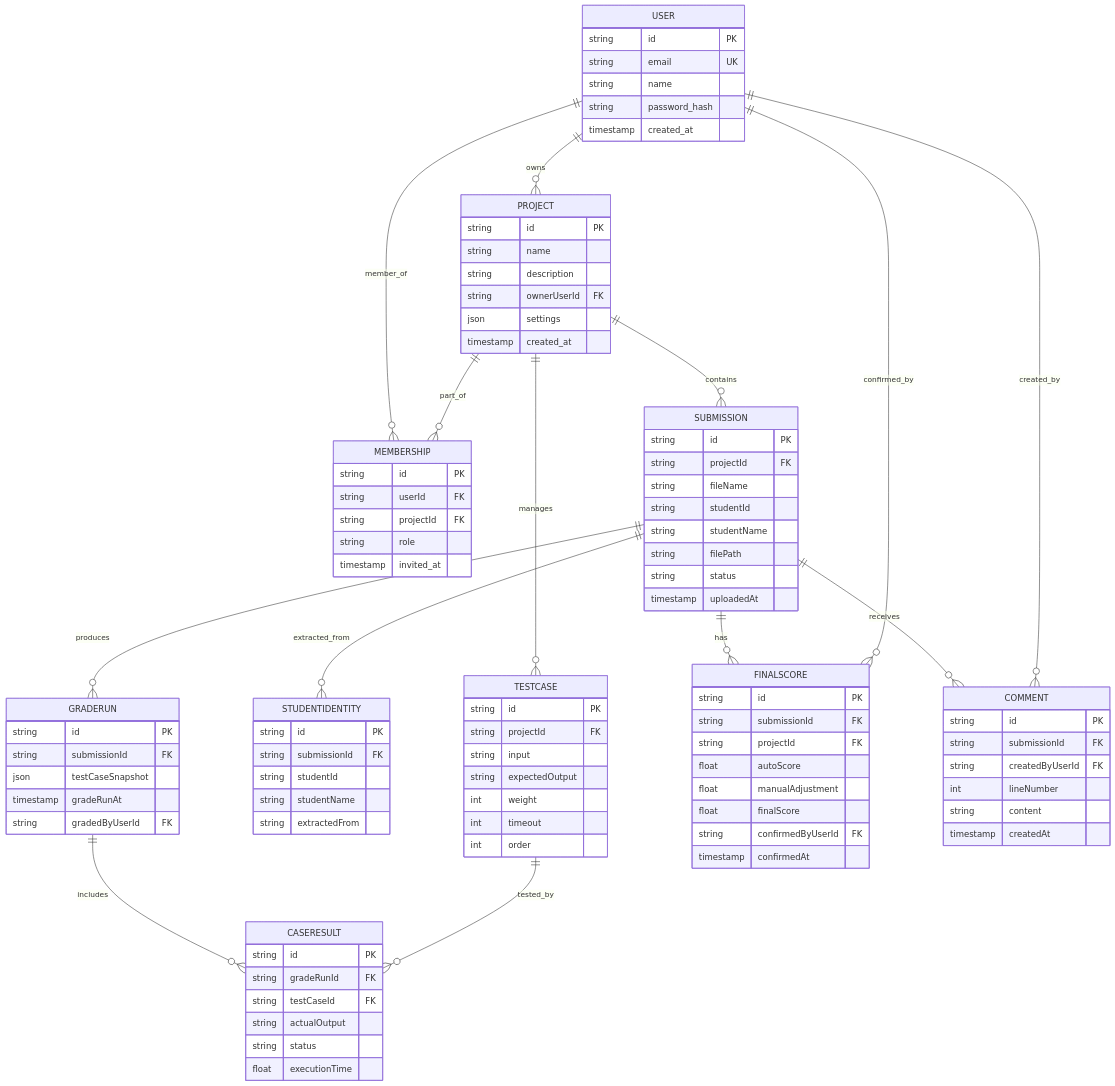
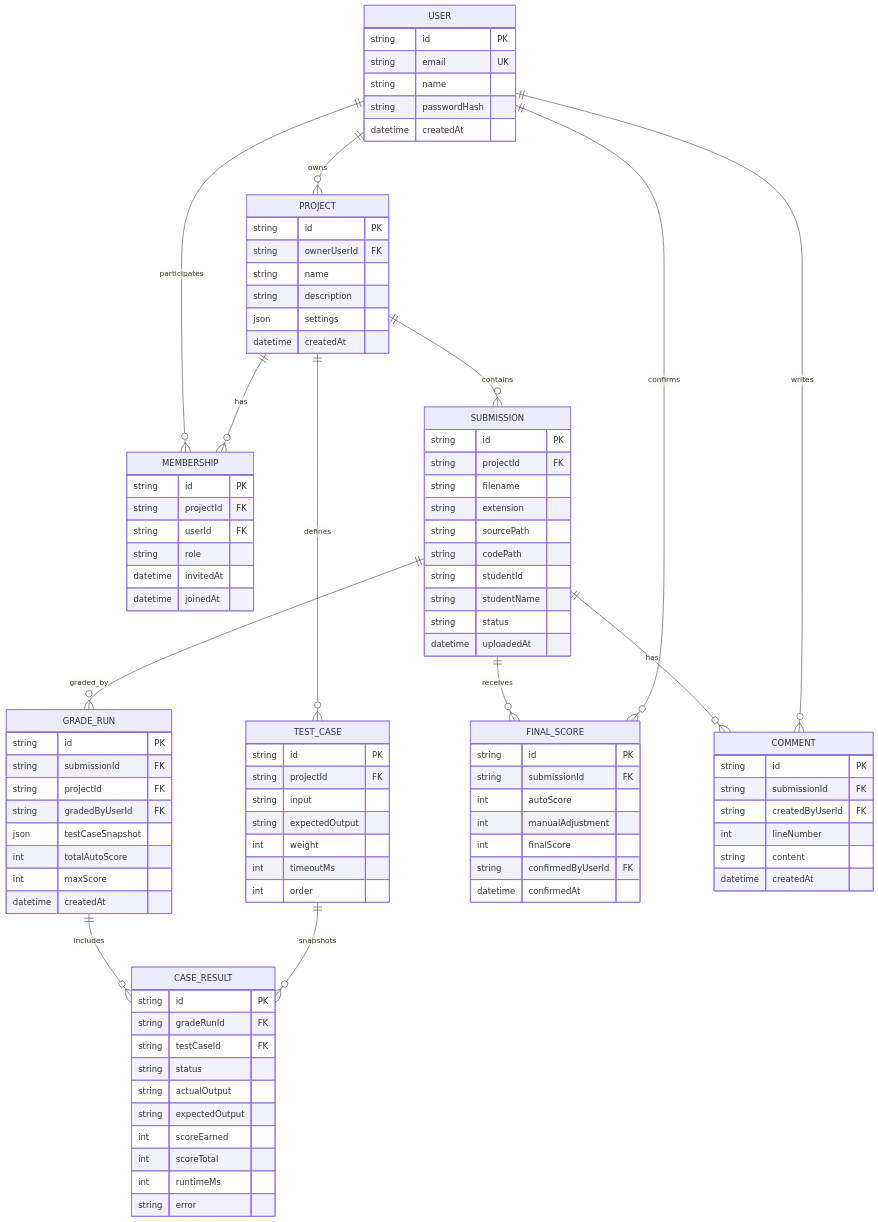
One commit to sjmd117/UXM_PythonAutoGrader changed the third of 4 diagrams in README.md. Above: the diagram before and after it, drawn with Mermaid. The commit also changed other lines of this file and 15 other files, not shown here.

````diff
--- a/README.md
+++ b/README.md
@@ -70,99 +366,99 @@
 ```mermaid
 erDiagram
     USER ||--o{ PROJECT : owns
-    USER ||--o{ MEMBERSHIP : "member_of"
-    PROJECT ||--o{ MEMBERSHIP : "part_of"
+    USER ||--o{ MEMBERSHIP : participates
+    PROJECT ||--o{ MEMBERSHIP : has
     PROJECT ||--o{ SUBMISSION : contains
-    PROJECT ||--o{ TESTCASE : manages
-    SUBMISSION ||--o{ STUDENTIDENTITY : "extracted_from"
-    SUBMISSION ||--o{ GRADERUN : produces
-    SUBMISSION ||--o{ FINALSCORE : "has"
-    SUBMISSION ||--o{ COMMENT : receives
-    GRADERUN ||--o{ CASERESULT : includes
-    TESTCASE ||--o{ CASERESULT : "tested_by"
-    USER ||--o{ COMMENT : created_by
-    USER ||--o{ FINALSCORE : "confirmed_by"
+    PROJECT ||--o{ TEST_CASE : defines
+    SUBMISSION ||--o{ GRADE_RUN : graded_by
+    GRADE_RUN ||--o{ CASE_RESULT : includes
+    TEST_CASE ||--o{ CASE_RESULT : snapshots
+    SUBMISSION ||--o{ FINAL_SCORE : receives
+    SUBMISSION ||--o{ COMMENT : has
+    USER ||--o{ COMMENT : writes
+    USER ||--o{ FINAL_SCORE : confirms
 
     USER {
         string id PK
         string email UK
         string name
-        string password_hash
-        timestamp created_at
+        string passwordHash
+        datetime createdAt
     }
 
     PROJECT {
         string id PK
+        string ownerUserId FK
         string name
         string description
-        string ownerUserId FK
         json settings
-        timestamp created_at
+        datetime createdAt
     }
 
     MEMBERSHIP {
         string id PK
+        string projectId FK
         string userId FK
-        string projectId FK
         string role
-        timestamp invited_at
+        datetime invitedAt
+        datetime joinedAt
     }
 
     SUBMISSION {
         string id PK
         string projectId FK
-        string fileName
+        string filename
+        string extension
+        string sourcePath
+        string codePath
         string studentId
         string studentName
-        string filePath
         string status
-        timestamp uploadedAt
+        datetime uploadedAt
     }
 
-    STUDENTIDENTITY {
-        string id PK
-        string submissionId FK
-        string studentId
-        string studentName
-        string extractedFrom
-    }
-
-    TESTCASE {
+    TEST_CASE {
         string id PK
         string projectId FK
         string input
         string expectedOutput
         int weight
-        int timeout
+        int timeoutMs
         int order
     }
 
-    GRADERUN {
+    GRADE_RUN {
         string id PK
         string submissionId FK
+        string projectId FK
+        string gradedByUserId FK
         json testCaseSnapshot
-        timestamp gradeRunAt
-        string gradedByUserId FK
+        int totalAutoScore
+        int maxScore
+        datetime createdAt
     }
 
-    CASERESULT {
+    CASE_RESULT {
         string id PK
         string gradeRunId FK
         string testCaseId FK
+        string status
         string actualOutput
-        string status
-        float executionTime
+        string expectedOutput
+        int scoreEarned
+        int scoreTotal
+        int runtimeMs
+        string error
     }
 
-    FINALSCORE {
+    FINAL_SCORE {
         string id PK
         string submissionId FK
-        string projectId FK
-        float autoScore
-        float manualAdjustment
-        float finalScore
+        int autoScore
+        int manualAdjustment
+        int finalScore
         string confirmedByUserId FK
-        timestamp confirmedAt
+        datetime confirmedAt
     }
 
     COMMENT {
@@ -171,6 +467,6 @@
         string createdByUserId FK
         int lineNumber
         string content
-        timestamp createdAt
+        datetime createdAt
     }
 ```
````
